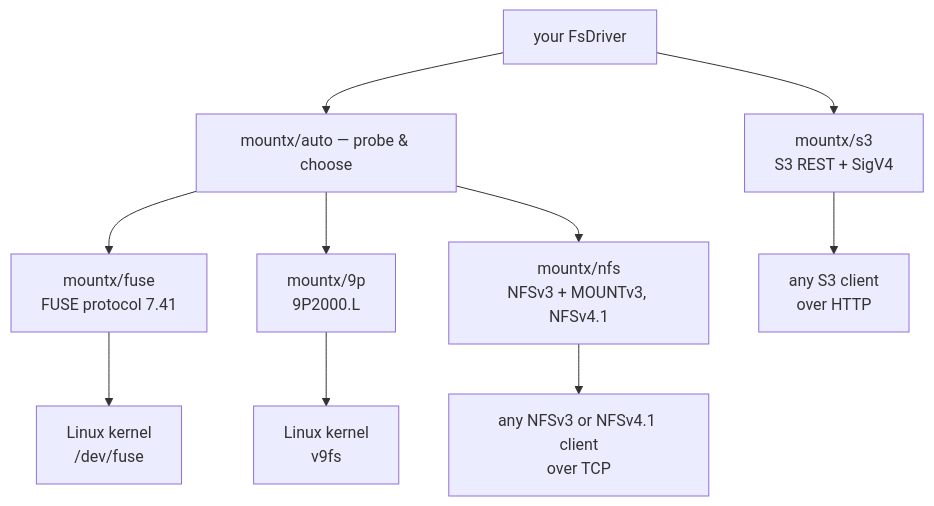
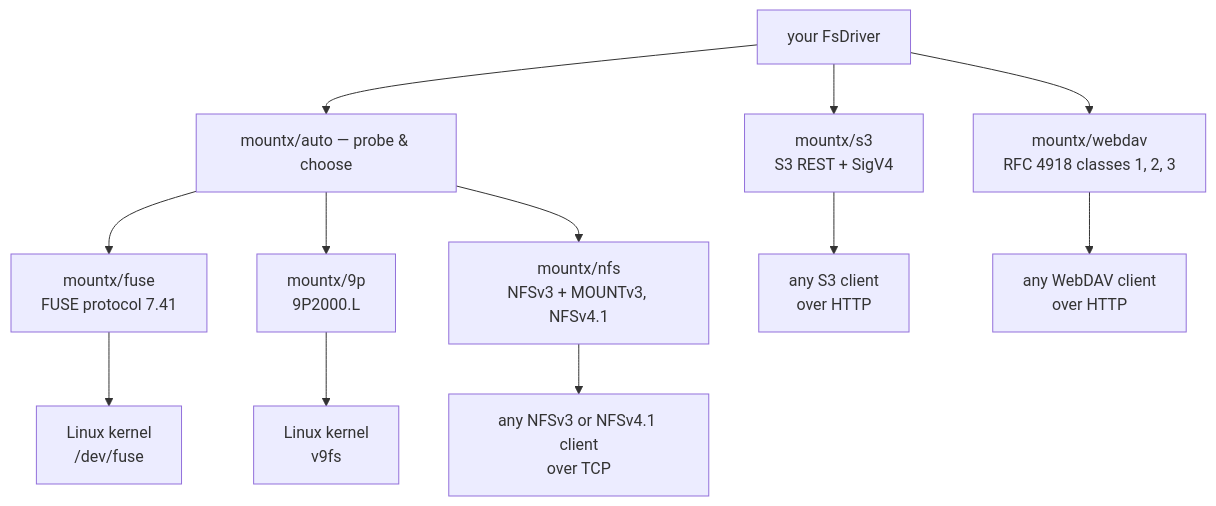
One commit to pithings/mountx changed the diagram in docs/2.transports/0.index.md. Above: the diagram before and after it, drawn with Mermaid. The commit also changed other lines of this file and 27 other files, not shown here.

````diff
--- a/docs/2.transports/0.index.md
+++ b/docs/2.transports/0.index.md
@@ -12,22 +12,26 @@
 ```mermaid
 graph TB
   driver["your FsDriver"]
   auto["mountx/auto — probe & choose"]
   fuse["mountx/fuse<br/>FUSE protocol 7.41"]
   p9["mountx/9p<br/>9P2000.L"]
   nfs["mountx/nfs<br/>NFSv3 + MOUNTv3, NFSv4.1"]
   klinux["Linux kernel<br/>/dev/fuse"]
   kv9fs["Linux kernel<br/>v9fs"]
   knfs["any NFSv3 or NFSv4.1 client<br/>over TCP"]
   s3["mountx/s3<br/>S3 REST + SigV4"]
   ks3["any S3 client<br/>over HTTP"]
+  dav["mountx/webdav<br/>RFC 4918 classes 1, 2, 3"]
+  kdav["any WebDAV client<br/>over HTTP"]
   driver --> auto
   driver --> s3
+  driver --> dav
   auto --> fuse
   auto --> p9
   auto --> nfs
   fuse --> klinux
   p9 --> kv9fs
   nfs --> knfs
   s3 --> ks3
+  dav --> kdav
 ```
````
